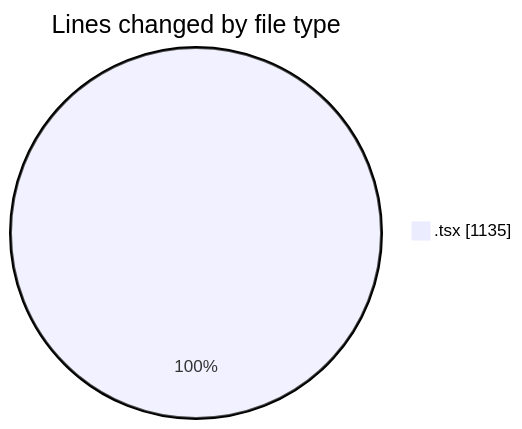
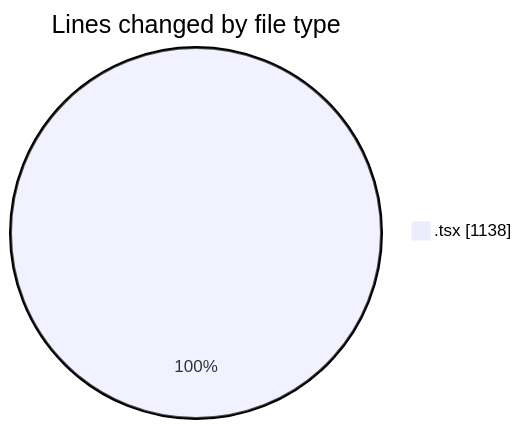
The first of 2 diagrams in 2025-09-24/cda/README.md (momahboobian/code-tracking), drawn with Mermaid before and after one commit. The commit also changed other lines of this file and 1 other file, not shown here.

````diff
--- a/2025-09-24/cda/README.md
+++ b/2025-09-24/cda/README.md
@@ -21,5 +21,5 @@
 ```mermaid
 pie showData
 title Lines changed by file type
-".tsx" : 1135
+".tsx" : 1138
 ```
````
